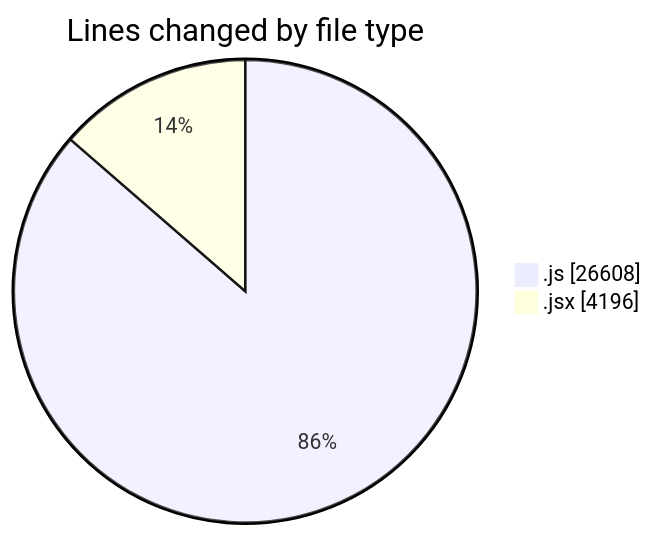
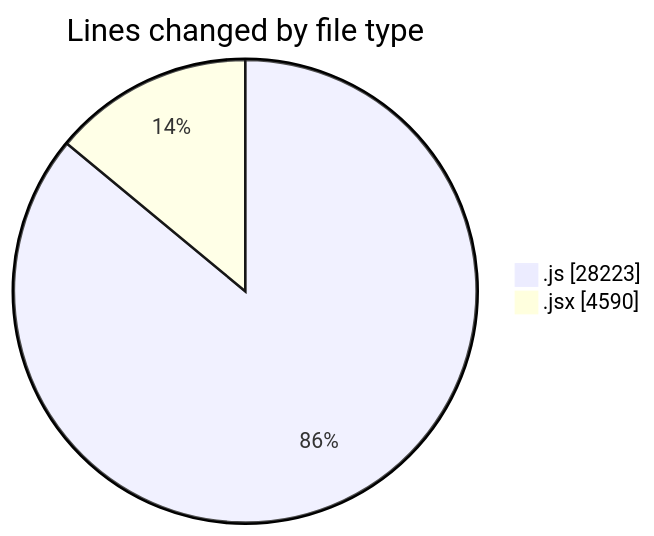
One commit to nxtqubesakshisongat/code-tracking changed the first of 2 diagrams in 2025-09-30/nxtqube_webapp/README.md. Above: the diagram before and after it, drawn with Mermaid. The commit also changed other lines of this file and 1 other file, not shown here.

````diff
--- a/2025-09-30/nxtqube_webapp/README.md
+++ b/2025-09-30/nxtqube_webapp/README.md
@@ -25,6 +25,6 @@
 ```mermaid
 pie showData
 title Lines changed by file type
-".js" : 26608
-".jsx" : 4196
+".js" : 28223
+".jsx" : 4590
 ```
````
